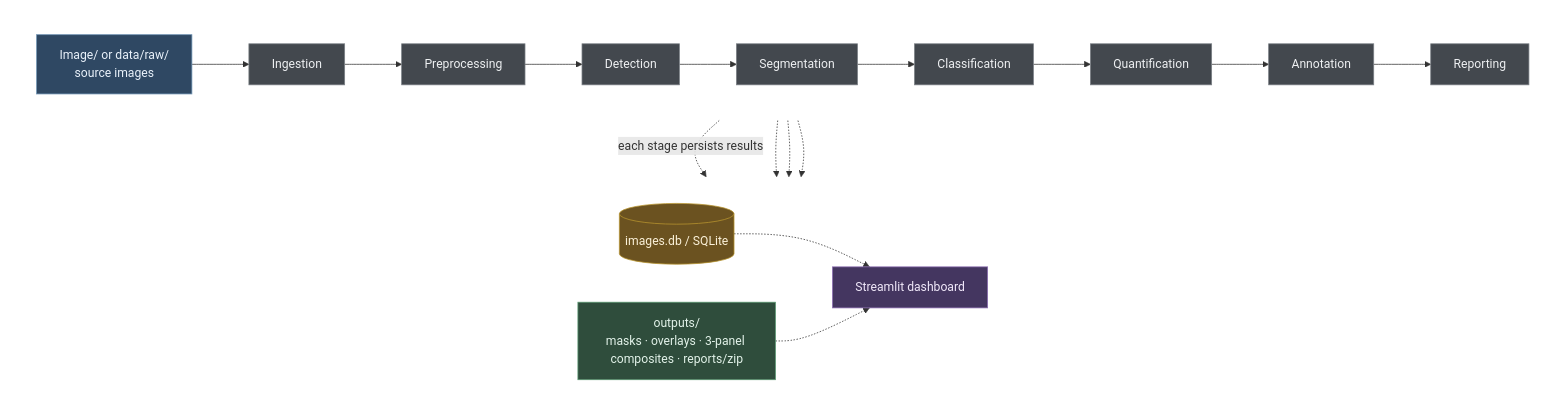
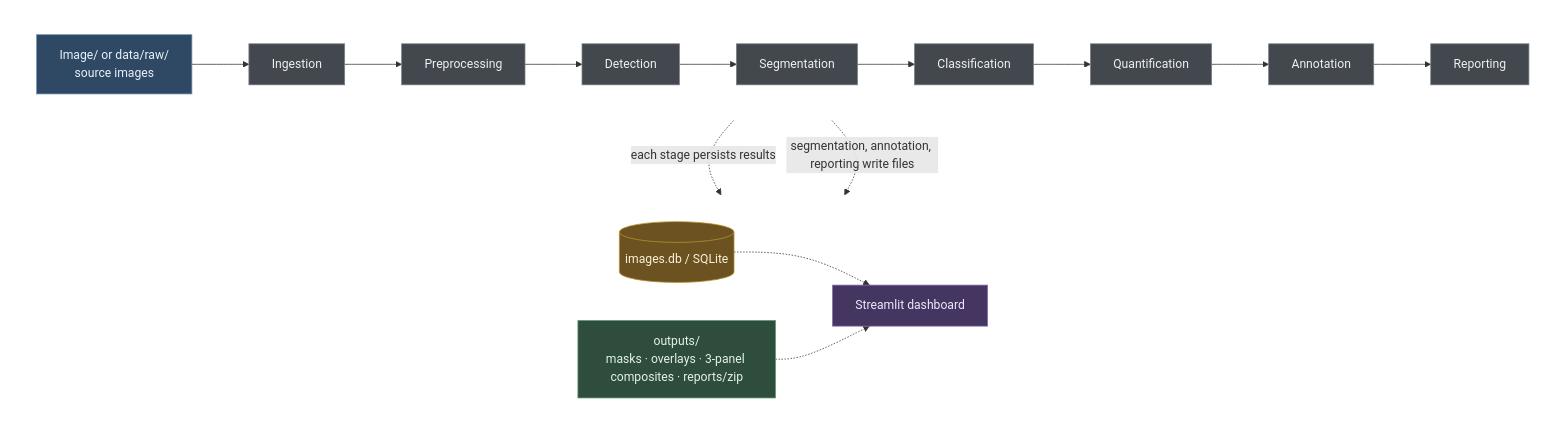
The diagram in README.md (djimrastephane/GP_Screens_Analysis), drawn with Mermaid before and after one commit.

Commit message:
Collapse multi-source outputs/ edges into one labeled edge
Same issue as the DB edge: three separate edges (SEG/ANN/REP -.-> OUT)
from spread-out source nodes into one shared target rendered as an
ambiguous cluster of short stubs bunched near Segmentation rather than
three distinct traceable lines. Replaced with a single labeled edge
from Reporting, naming all three contributing stages in the label
text instead of trying to draw three separate arrows.

````diff
--- a/README.md
+++ b/README.md
@@ -48,32 +48,29 @@
 ```mermaid
 flowchart TB
     classDef input fill:#2f4863,stroke:#6f93b3,color:#eaf2fb,stroke-width:1px;
     classDef stage fill:#43484e,stroke:#7a7f85,color:#eef0f2,stroke-width:1px;
     classDef storage fill:#6b5220,stroke:#b8952f,color:#fbf1d9,stroke-width:1px;
     classDef artifact fill:#2f4d3c,stroke:#5c9a72,color:#e3f3ea,stroke-width:1px;
     classDef dash fill:#443660,stroke:#8a6bb0,color:#f1e9fa,stroke-width:1px;
 
     subgraph ROW1[" "]
         direction LR
         IMG["Image/ or data/raw/<br/>source images"]:::input --> ING[Ingestion]:::stage --> PRE[Preprocessing]:::stage --> DET[Detection]:::stage --> SEG[Segmentation]:::stage --> CLS[Classification]:::stage --> QNT[Quantification]:::stage --> ANN[Annotation]:::stage --> REP[Reporting]:::stage
     end
 
     subgraph ROW2[" "]
         direction LR
         DB[("images.db / SQLite")]:::storage
         OUT["outputs/<br/>masks · overlays · 3-panel composites · reports/zip"]:::artifact
         APP["Streamlit dashboard"]:::dash
     end
 
     ING -. "each stage persists results" .-> DB
-
-    SEG -.-> OUT
-    ANN -.-> OUT
-    REP -.-> OUT
+    REP -. "segmentation, annotation, reporting write files" .-> OUT
 
     DB -.-> APP
     OUT -.-> APP
 
     style ROW1 fill:none,stroke:none
     style ROW2 fill:none,stroke:none
 ```
````
